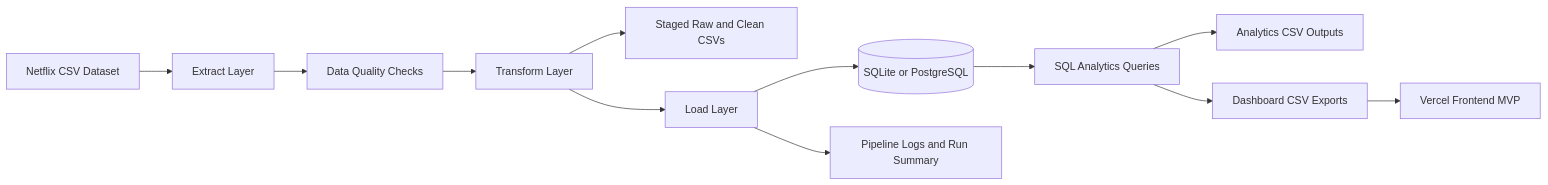
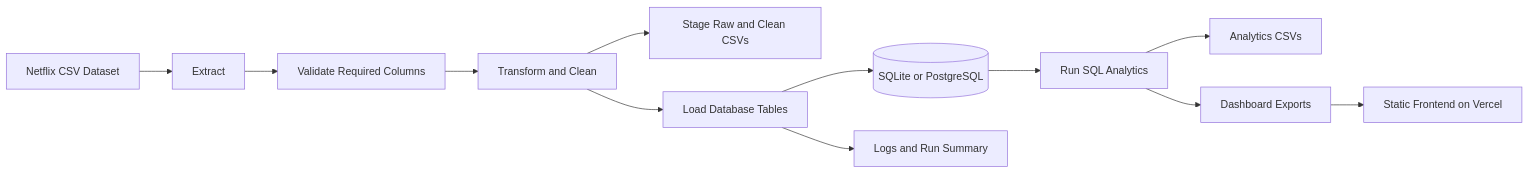
One commit to Arnazz10/ETL changed the diagram in README.md. Above: the diagram before and after it, drawn with Mermaid. The commit also changed other lines of this file, not shown here.

````diff
--- a/README.md
+++ b/README.md
@@ -43,14 +24,14 @@
 ```mermaid
 flowchart LR
-    A[Netflix CSV Dataset] --> B[Extract Layer]
-    B --> C[Data Quality Checks]
-    C --> D[Transform Layer]
-    D --> E[Staged Raw and Clean CSVs]
-    D --> F[Load Layer]
+    A[Netflix CSV Dataset] --> B[Extract]
+    B --> C[Validate Required Columns]
+    C --> D[Transform and Clean]
+    D --> E[Stage Raw and Clean CSVs]
+    D --> F[Load Database Tables]
     F --> G[(SQLite or PostgreSQL)]
-    G --> H[SQL Analytics Queries]
-    H --> I[Analytics CSV Outputs]
-    H --> J[Dashboard CSV Exports]
-    J --> K[Vercel Frontend MVP]
-    F --> L[Pipeline Logs and Run Summary]
+    G --> H[Run SQL Analytics]
+    H --> I[Analytics CSVs]
+    H --> J[Dashboard Exports]
+    J --> K[Static Frontend on Vercel]
+    F --> L[Logs and Run Summary]
 ```
````
